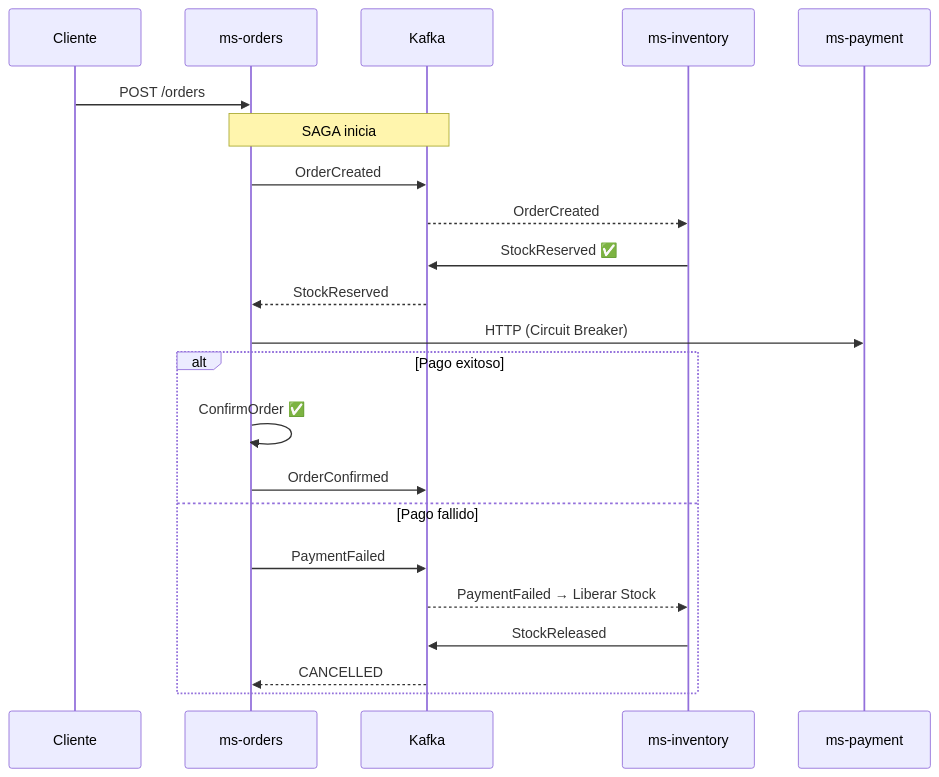
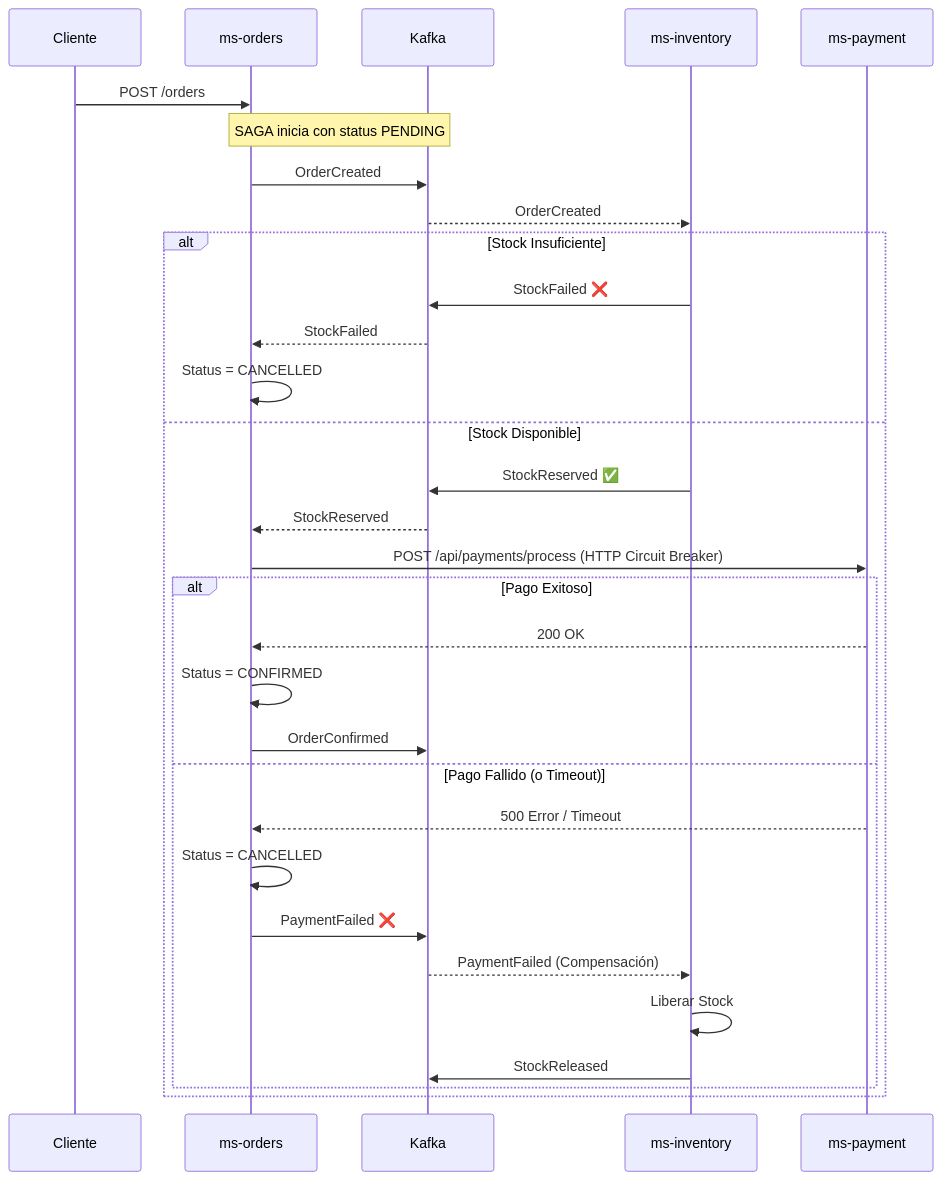
Before and after one commit to ManuLasker/enyoi_java_slides: the second of 2 diagrams in lab_2_arka_microservicios_reactivos/docs/intro.md, drawn with Mermaid. The commit also changed other lines of this file and 7 other files, not shown here.

````diff
--- a/lab_2_arka_microservicios_reactivos/docs/intro.md
+++ b/lab_2_arka_microservicios_reactivos/docs/intro.md
@@ -79,27 +83,37 @@
 ```mermaid
 sequenceDiagram
     participant C as Cliente
     participant O as ms-orders
     participant K as Kafka
     participant I as ms-inventory
     participant P as ms-payment
 
     C->>O: POST /orders
-    Note over O,K: SAGA inicia
+    Note over O,K: SAGA inicia con status PENDING
 
     O->>K: OrderCreated
     K-->>I: OrderCreated
-    I->>K: StockReserved ✅
-    K-->>O: StockReserved
-    O->>P: HTTP (Circuit Breaker)
-
-    alt Pago exitoso
-        O->>O: ConfirmOrder ✅
-        O->>K: OrderConfirmed
-    else Pago fallido
-        O->>K: PaymentFailed
-        K-->>I: PaymentFailed → Liberar Stock
-        I->>K: StockReleased
-        K-->>O: CANCELLED
+    
+    alt Stock Insuficiente
+        I->>K: StockFailed ❌
+        K-->>O: StockFailed
+        O->>O: Status = CANCELLED
+    else Stock Disponible
+        I->>K: StockReserved ✅
+        K-->>O: StockReserved
+        O->>P: POST /api/payments/process (HTTP Circuit Breaker)
+        
+        alt Pago Exitoso
+            P-->>O: 200 OK
+            O->>O: Status = CONFIRMED
+            O->>K: OrderConfirmed
+        else Pago Fallido (o Timeout)
+            P-->>O: 500 Error / Timeout
+            O->>O: Status = CANCELLED
+            O->>K: PaymentFailed ❌
+            K-->>I: PaymentFailed (Compensación)
+            I->>I: Liberar Stock
+            I->>K: StockReleased
+        end
     end
 ```
````
